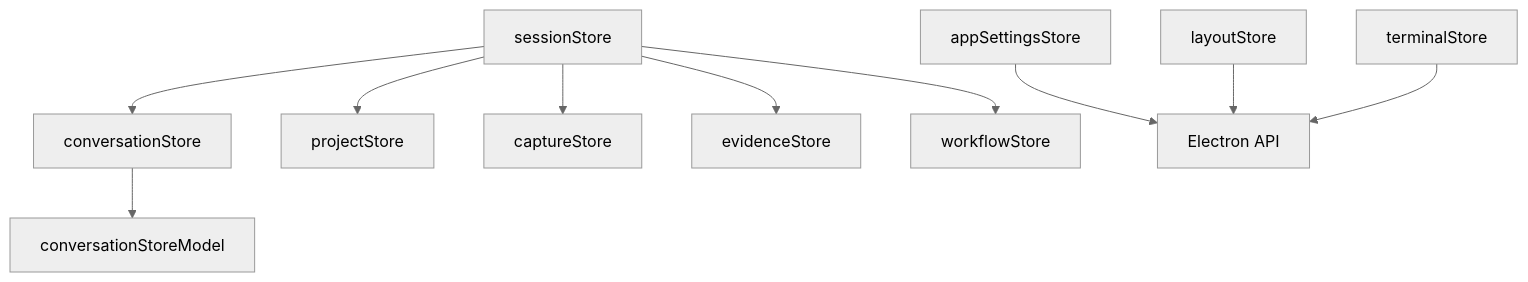
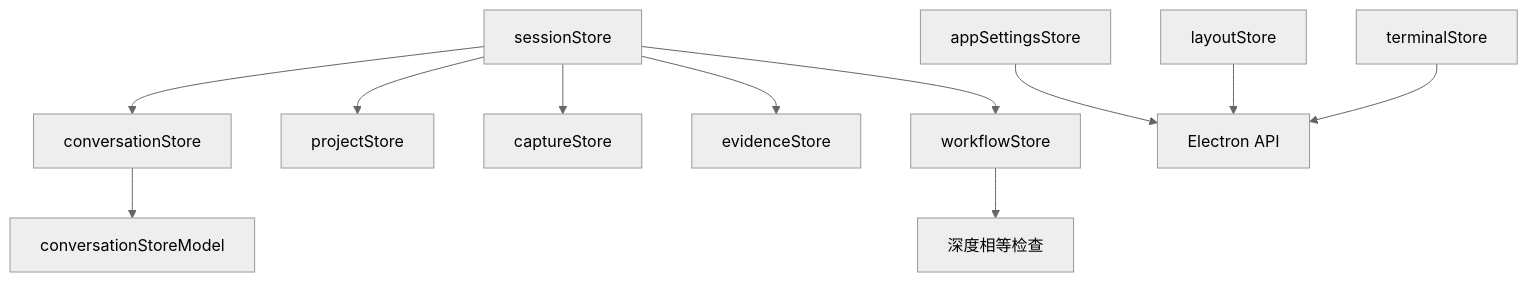
Before and after one commit to haolange/RDC-Agent: the tenth of 10 diagrams in .qoder/repowiki/zh/content/架构设计/渲染器架构/状态管理/状态管理.md, drawn with Mermaid (neutral theme). The commit also changed other lines of this file and 90 other files, not shown here.

````diff
--- a/.qoder/repowiki/zh/content/架构设计/渲染器架构/状态管理/状态管理.md
+++ b/.qoder/repowiki/zh/content/架构设计/渲染器架构/状态管理/状态管理.md
@@ -423,12 +480,13 @@
 ```mermaid
 graph TB
 CS["conversationStore"] --> CM["conversationStoreModel"]
 SS["sessionStore"] --> CS
 SS --> PS["projectStore"]
 SS --> CAP["captureStore"]
 SS --> EV["evidenceStore"]
 SS --> WF["workflowStore"]
 AS["appSettingsStore"] --> EA["Electron API"]
 LS["layoutStore"] --> EA
 TS["terminalStore"] --> EA
+WF --> DE["深度相等检查"]
 ```
````
